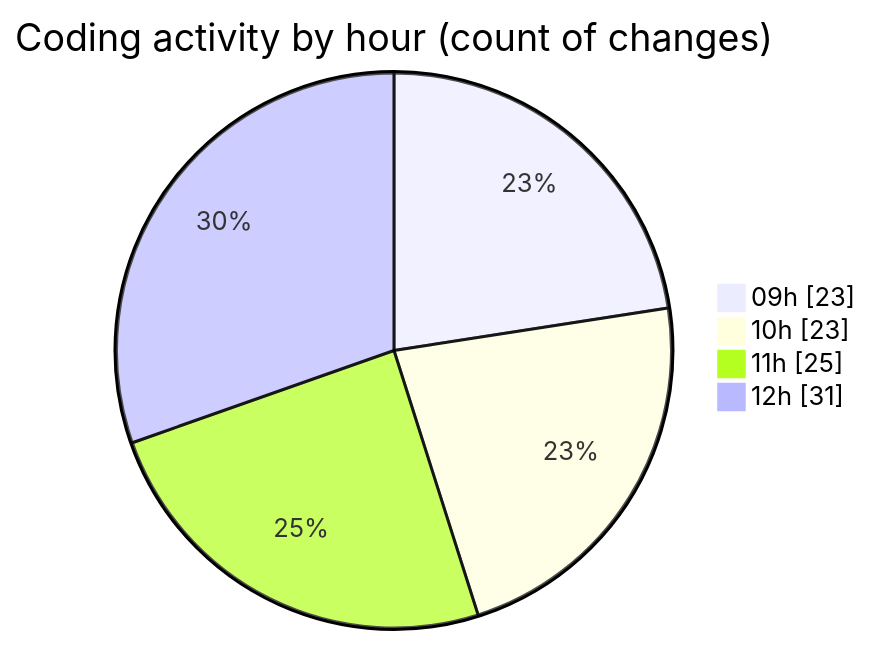
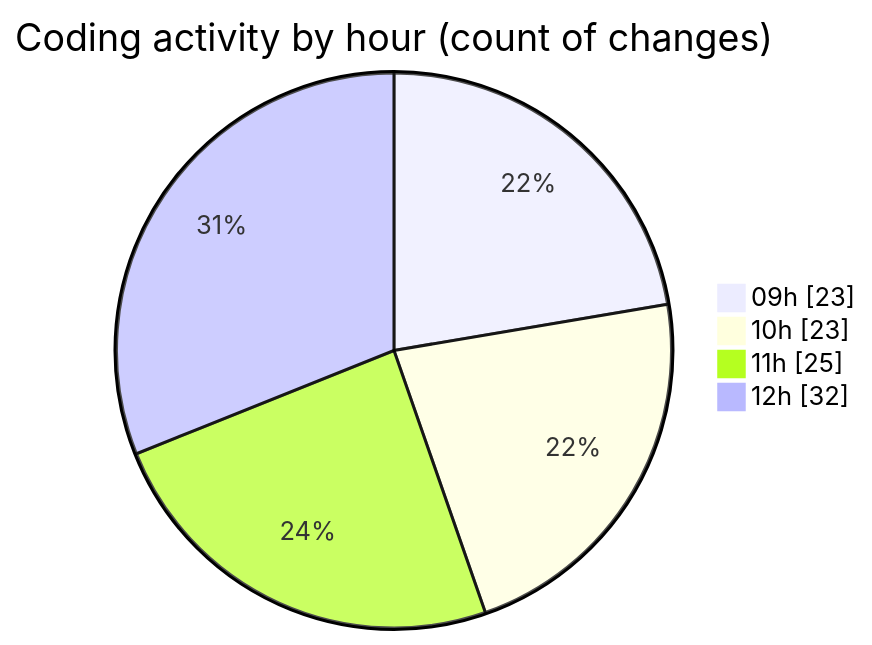
The second of 2 diagrams in 2025-10-23/cda/README.md (momahboobian/code-tracking), drawn with Mermaid before and after one commit. The commit also changed other lines of this file and 1 other file, not shown here.

````diff
--- a/2025-10-23/cda/README.md
+++ b/2025-10-23/cda/README.md
@@ -32,8 +32,8 @@
 ```mermaid
 pie showData
 title Coding activity by hour (count of changes)
 "09h" : 23
 "10h" : 23
 "11h" : 25
-"12h" : 31
+"12h" : 32
 ```
````
